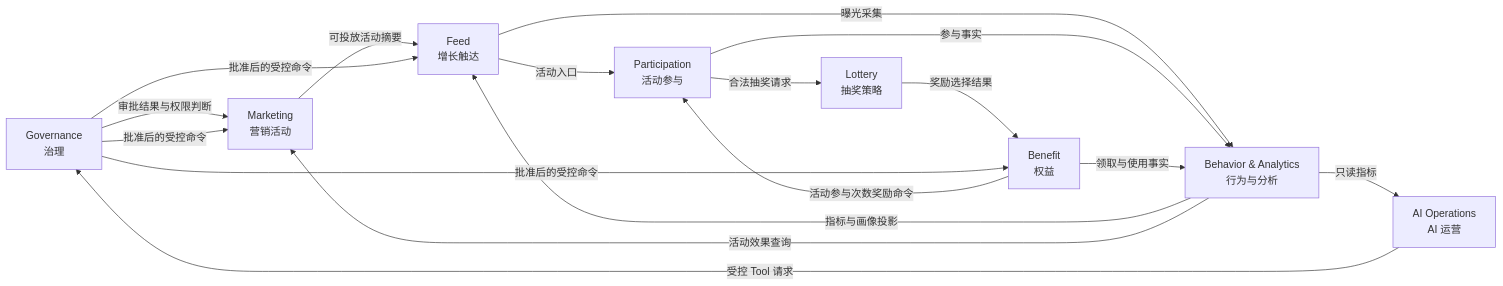
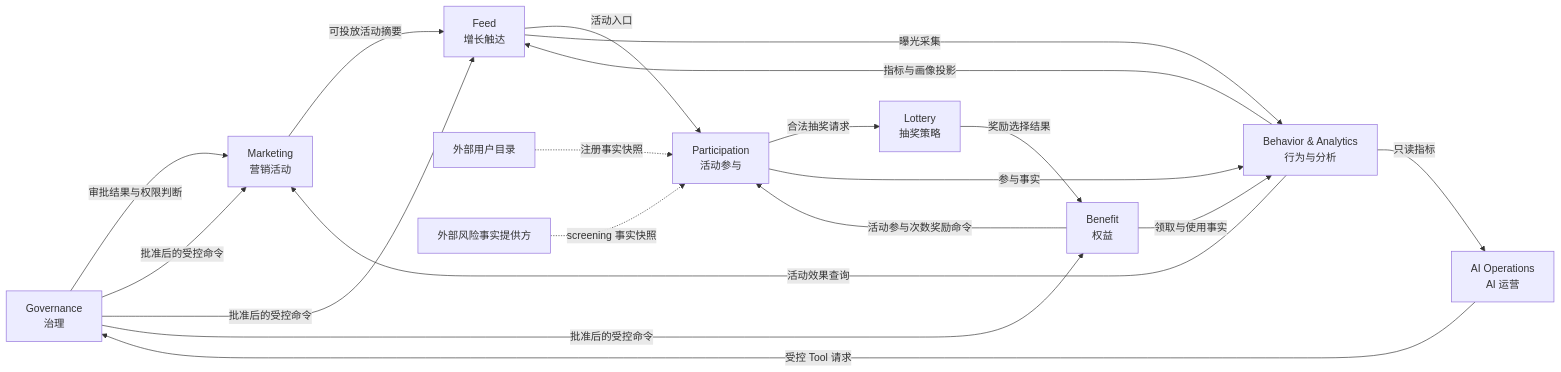
One commit to Atingaii/GrowthOS-Go changed the diagram in docs/product/bounded-context-map-v1.md. Above: the diagram before and after it, drawn with Mermaid. The commit also changed other lines of this file and 1 other file, not shown here.

Commit message:
docs(architecture): map participation prerequisite ownership

````diff
--- a/docs/product/bounded-context-map-v1.md
+++ b/docs/product/bounded-context-map-v1.md
@@ -29,29 +29,33 @@
 ```mermaid
 flowchart LR
     GOV[Governance\n治理]
     MKT[Marketing\n营销活动]
     PAR[Participation\n活动参与]
     LOT[Lottery\n抽奖策略]
     BEN[Benefit\n权益]
     FEED[Feed\n增长触达]
     BA[Behavior & Analytics\n行为与分析]
     AI[AI Operations\nAI 运营]
+    USERDIR[外部用户目录]
+    RISK[外部风险事实提供方]
 
     GOV -->|审批结果与权限判断| MKT
     MKT -->|可投放活动摘要| FEED
     FEED -->|活动入口| PAR
     PAR -->|合法抽奖请求| LOT
     LOT -->|奖励选择结果| BEN
     BEN -->|活动参与次数奖励命令| PAR
     FEED -->|曝光采集| BA
     PAR -->|参与事实| BA
     BEN -->|领取与使用事实| BA
     BA -->|指标与画像投影| FEED
     BA -->|活动效果查询| MKT
 
     AI -->|受控 Tool 请求| GOV
     GOV -->|批准后的受控命令| MKT
     GOV -->|批准后的受控命令| FEED
     GOV -->|批准后的受控命令| BEN
     BA -->|只读指标| AI
+    USERDIR -. 注册事实快照 .-> PAR
+    RISK -. screening 事实快照 .-> PAR
 ```
````
